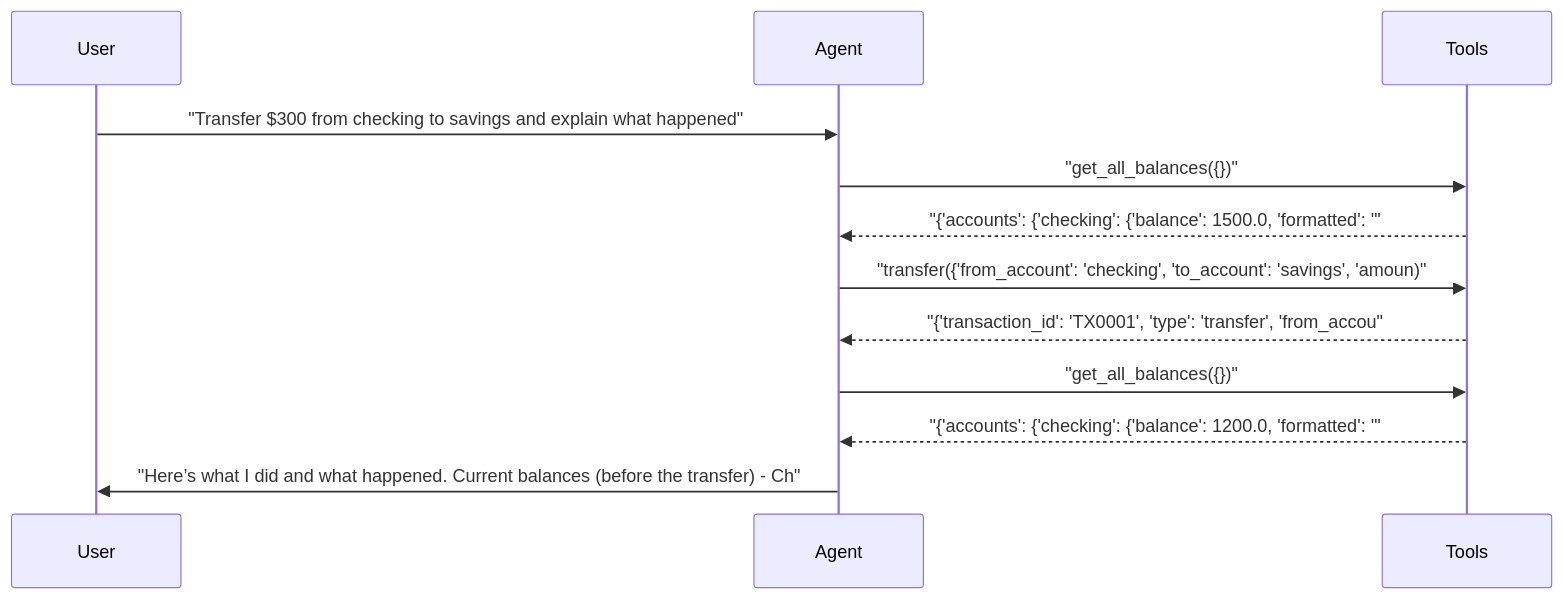
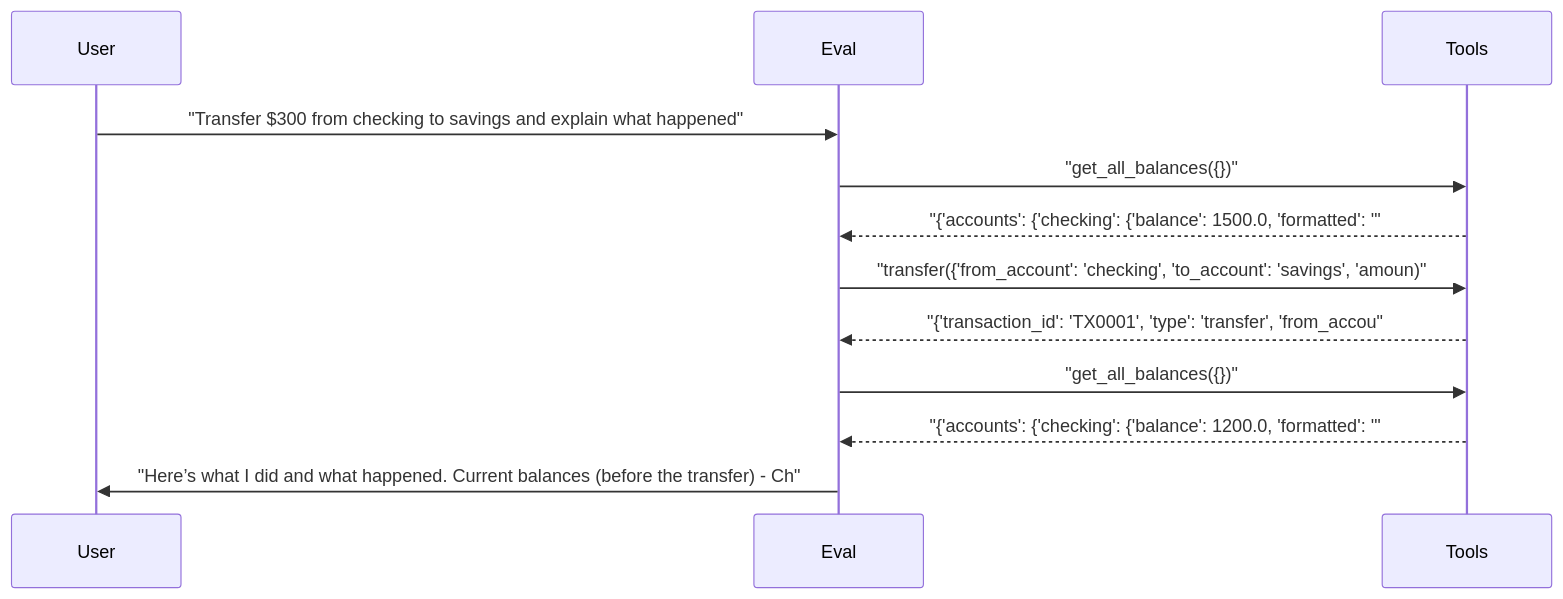
One commit to sbroenne/pytest-skill-engineering changed the fifth of 6 diagrams in docs/reports/05_prompt_comparison.md. Above: the diagram before and after it, drawn with Mermaid. The commit also changed other lines of this file and 155 other files, not shown here.

````diff
--- a/docs/reports/05_prompt_comparison.md
+++ b/docs/reports/05_prompt_comparison.md
@@ -348,15 +348,15 @@
 ```mermaid
 sequenceDiagram
     participant User
-    participant Agent
+    participant Eval
     participant Tools
 
-    User->>Agent: "Transfer $300 from checking to savings and explain what happened"
-    Agent->>Tools: "get_all_balances({})"
-    Tools-->>Agent: "{'accounts': {'checking': {'balance': 1500.0, 'formatted': '"
-    Agent->>Tools: "transfer({'from_account': 'checking', 'to_account': 'savings', 'amoun)"
-    Tools-->>Agent: "{'transaction_id': 'TX0001', 'type': 'transfer', 'from_accou"
-    Agent->>Tools: "get_all_balances({})"
-    Tools-->>Agent: "{'accounts': {'checking': {'balance': 1200.0, 'formatted': '"
-    Agent->>User: "Here’s what I did and what happened. Current balances (before the transfer) - Ch"
+    User->>Eval: "Transfer $300 from checking to savings and explain what happened"
+    Eval->>Tools: "get_all_balances({})"
+    Tools-->>Eval: "{'accounts': {'checking': {'balance': 1500.0, 'formatted': '"
+    Eval->>Tools: "transfer({'from_account': 'checking', 'to_account': 'savings', 'amoun)"
+    Tools-->>Eval: "{'transaction_id': 'TX0001', 'type': 'transfer', 'from_accou"
+    Eval->>Tools: "get_all_balances({})"
+    Tools-->>Eval: "{'accounts': {'checking': {'balance': 1200.0, 'formatted': '"
+    Eval->>User: "Here’s what I did and what happened. Current balances (before the transfer) - Ch"
 ```
````
